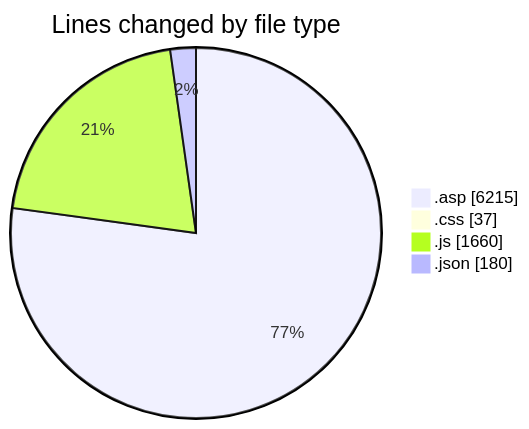
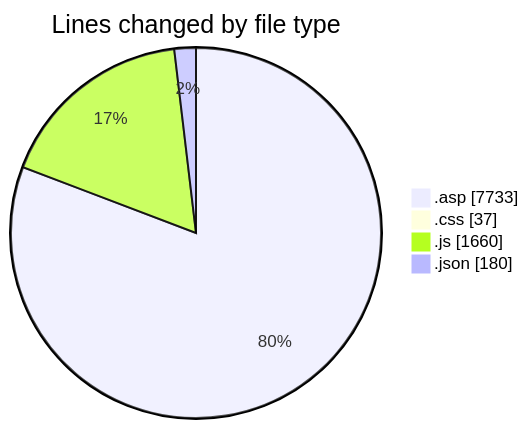
The first of 2 diagrams in 2025-11-02/cdp_aleoudev_fr__workspace_/README.md (julien-gomy/code-tracking), drawn with Mermaid before and after one commit. The commit also changed other lines of this file and 1 other file, not shown here.

````diff
--- a/2025-11-02/cdp_aleoudev_fr__workspace_/README.md
+++ b/2025-11-02/cdp_aleoudev_fr__workspace_/README.md
@@ -27,8 +28,8 @@
 ```mermaid
 pie showData
 title Lines changed by file type
-".asp" : 6215
+".asp" : 7733
 ".css" : 37
 ".js" : 1660
 ".json" : 180
 ```
````
